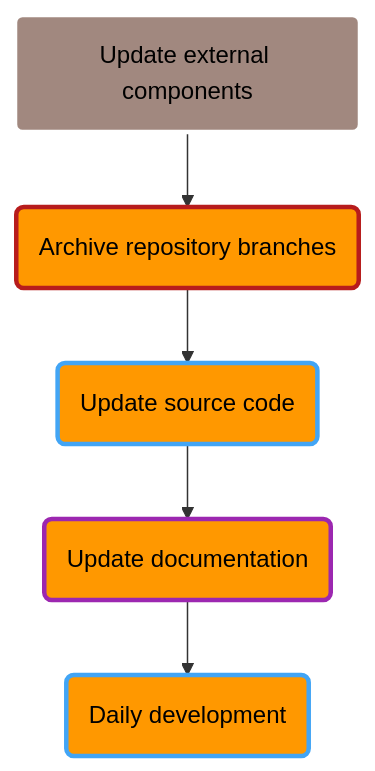
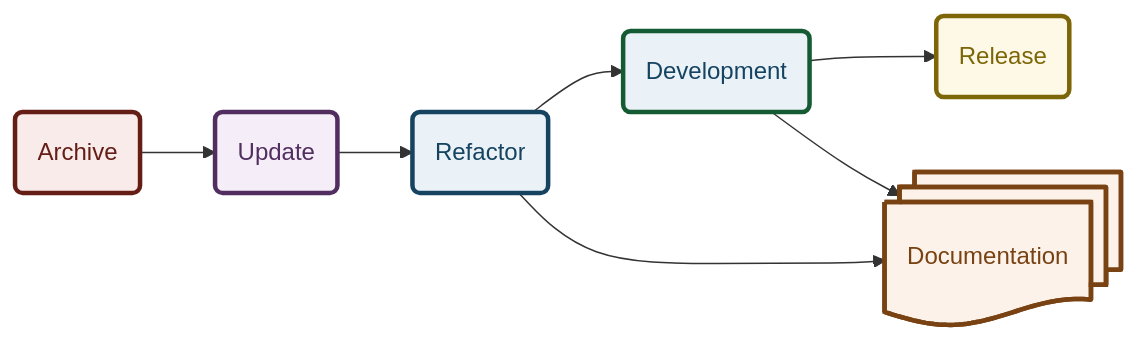
The first of 7 diagrams in Development/Workflows/workflows.md (spectrum-health-systems/tingen-documentation), drawn with Mermaid before and after one commit. The commit also changed other lines of this file and 2 other files, not shown here.

````diff
--- a/Development/Workflows/workflows.md
+++ b/Development/Workflows/workflows.md
@@ -41,17 +23,26 @@
 ```mermaid
-flowchart TB
+flowchart LR
   %% Components
-  UpdateExternalComponents@{shape: rounded, label: "Update external components"}
-  ArchiveBranches@{shape: rounded, label: "Archive repository branches"}
-  UpdateSourceCode@{shape: rounded, label: "Update source code"}
-  UpdateDocumentation@{shape: rounded, label: "Update documentation"}
-  DailyDevelopment@{shape: rounded, label: "Daily development"}
+  Archive@{shape: rounded, label: "Archive"}
+  Update@{shape: rounded, label: "Update"}
+  Refactor@{shape: rounded, label: "Refactor"}
+  Development@{shape: rounded, label: "Development"}
+  Documentation@{shape: docs, label: "Documentation"}
+  Release@{shape: rounded, label: "Release"}
   %% Layout
-  UpdateExternalComponents --> ArchiveBranches --> UpdateSourceCode --> UpdateDocumentation --> DailyDevelopment
+  Archive:::R5_ --> Update:::P5_ --> Refactor:::U5_ --> Development:::G5_ --> Release:::Y5_
+  Refactor --> Documentation:::E5_
+  Development --> Documentation
+  %% -- Refactor:::S02 & Development:::S03 --> Documentation:::S05
   %% Styles
-  style UpdateExternalComponents color:#000,fill:#a1887f,stroke:#FFF,stroke-width:3px
-  style ArchiveBranches color:#000,fill:#ff9800,stroke:#b71c1c,stroke-width:3px
-  style UpdateSourceCode color:#000,fill:#ff9800,stroke:#42a5f5,stroke-width:3px
-  style UpdateDocumentation color:#000,fill:#ff9800,stroke:#9c27b0,stroke-width:3px
-  style DailyDevelopment color:#000,fill:#ff9800,stroke:#42a5f5,stroke-width:3px
+  classDef R5_ stroke:#641e16,stroke-width:3px,fill:#f9ebea,color:#641e16
+  classDef P5_ stroke:#512e5f,stroke-width:3px,fill:#f5eef8,color:#512e5f
+  classDef U5_ stroke:#154360,stroke-width:3px,fill:#eaf2f8,color:#154360
+  classDef G5_ stroke:#145a32,stroke-width:3px,fill:#eaf2f8,color:#154360
+  classDef Y5_ stroke:#7d6608,stroke-width:3px,fill:#fef9e7,color:#7d6608
+  classDef E5_ stroke:#784212,stroke-width:3px,fill:#fdf2e9,color:#784212
+  %% Styles - Global
+  classDef Hidden display: none;
+
+
 ```
````
